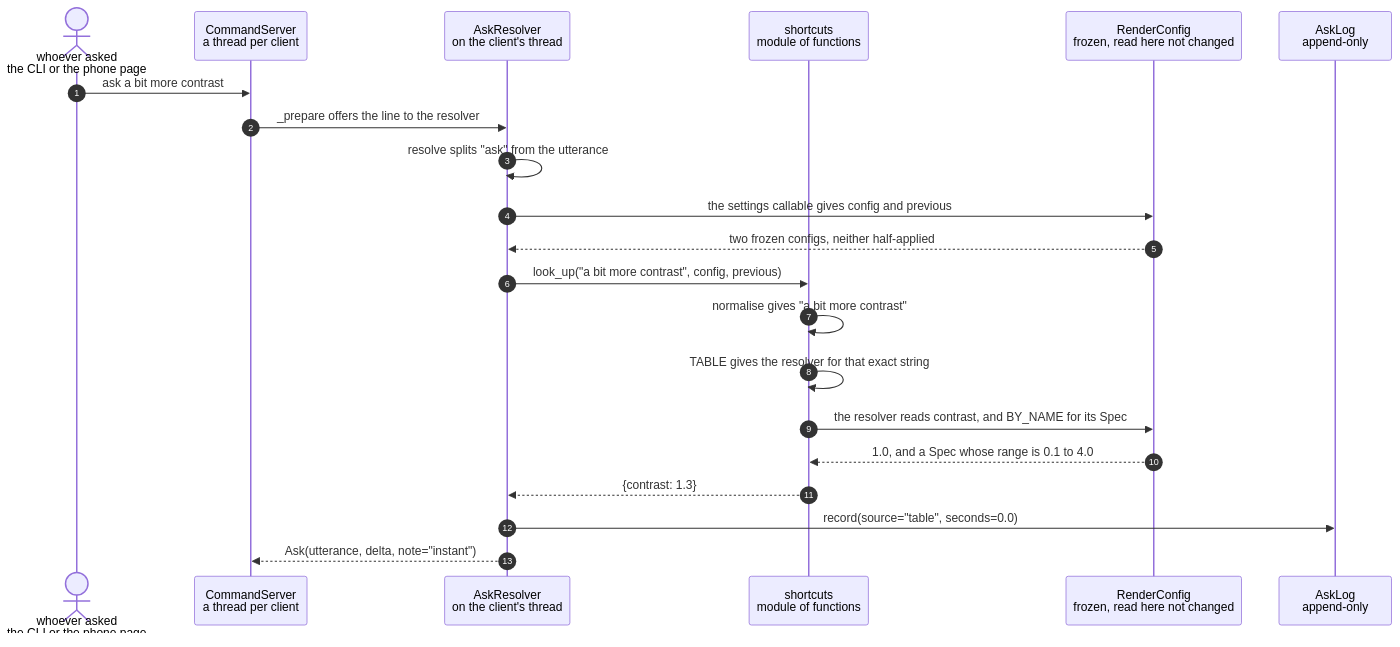
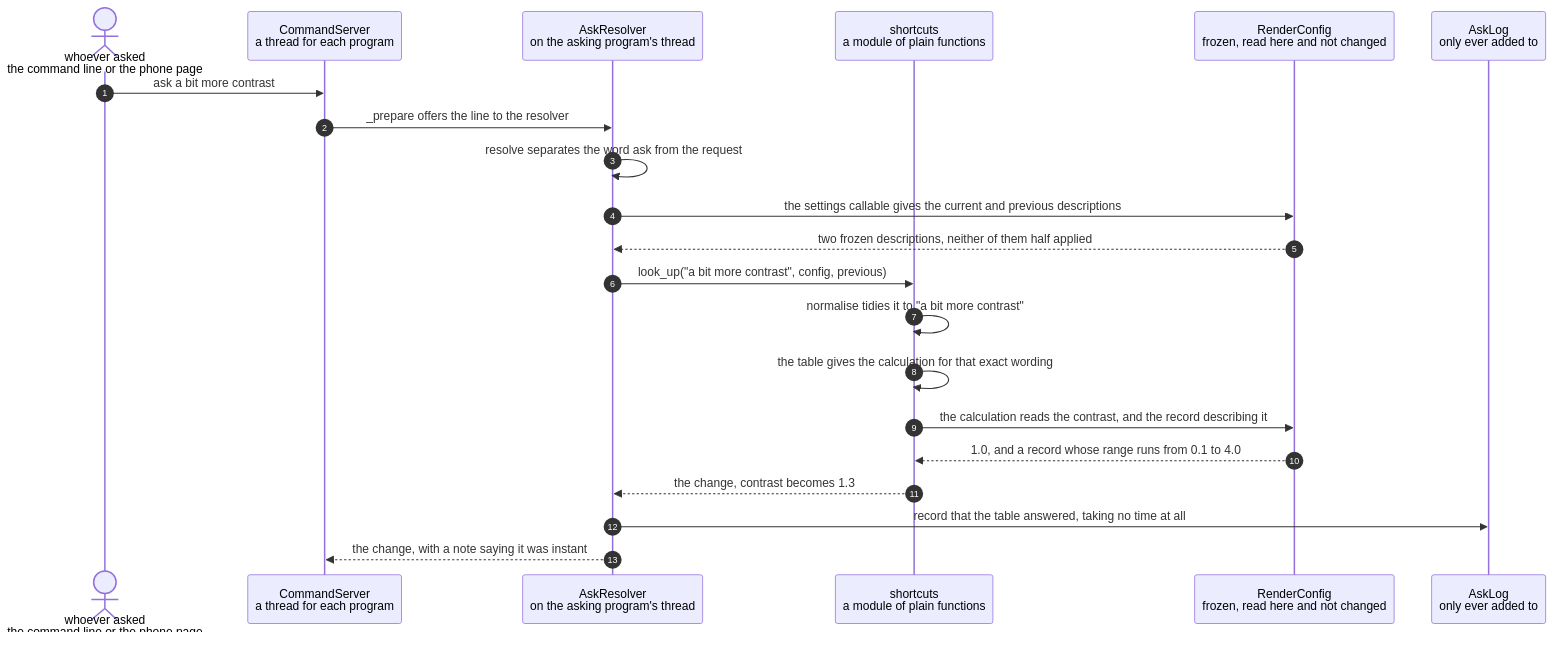
Before and after one commit to replicant1/AsciiArt-Pi: the diagram in docs/scenarios/a-spoken-phrase-is-answered-from-the-shortcut-table-with-no-model-call.md, drawn with Mermaid. The commit also changed other lines of this file and 4 other files, not shown here.

````diff
--- a/docs/scenarios/a-spoken-phrase-is-answered-from-the-shortcut-table-with-no-model-call.md
+++ b/docs/scenarios/a-spoken-phrase-is-answered-from-the-shortcut-table-with-no-model-call.md
@@ -36,24 +46,24 @@
 ```mermaid
 sequenceDiagram
     autonumber
-    actor Asker as whoever asked<br/>the CLI or the phone page
-    participant CS as CommandServer<br/>a thread per client
-    participant App as AskResolver<br/>on the client's thread
-    participant Sh as shortcuts<br/>module of functions
-    participant Cfg as RenderConfig<br/>frozen, read here not changed
-    participant Log as AskLog<br/>append-only
+    actor Asker as whoever asked<br/>the command line or the phone page
+    participant CS as CommandServer<br/>a thread for each program
+    participant App as AskResolver<br/>on the asking program's thread
+    participant Sh as shortcuts<br/>a module of plain functions
+    participant Cfg as RenderConfig<br/>frozen, read here and not changed
+    participant Log as AskLog<br/>only ever added to
 
     Asker->>CS: ask a bit more contrast
     CS->>App: _prepare offers the line to the resolver
-    App->>App: resolve splits "ask" from the utterance
-    App->>Cfg: the settings callable gives config and previous
-    Cfg-->>App: two frozen configs, neither half-applied
+    App->>App: resolve separates the word ask from the request
+    App->>Cfg: the settings callable gives the current and previous descriptions
+    Cfg-->>App: two frozen descriptions, neither of them half applied
     App->>Sh: look_up("a bit more contrast", config, previous)
-    Sh->>Sh: normalise gives "a bit more contrast"
-    Sh->>Sh: TABLE gives the resolver for that exact string
-    Sh->>Cfg: the resolver reads contrast, and BY_NAME for its Spec
-    Cfg-->>Sh: 1.0, and a Spec whose range is 0.1 to 4.0
-    Sh-->>App: {contrast: 1.3}
-    App->>Log: record(source="table", seconds=0.0)
-    App-->>CS: Ask(utterance, delta, note="instant")
+    Sh->>Sh: normalise tidies it to "a bit more contrast"
+    Sh->>Sh: the table gives the calculation for that exact wording
+    Sh->>Cfg: the calculation reads the contrast, and the record describing it
+    Cfg-->>Sh: 1.0, and a record whose range runs from 0.1 to 4.0
+    Sh-->>App: the change, contrast becomes 1.3
+    App->>Log: record that the table answered, taking no time at all
+    App-->>CS: the change, with a note saying it was instant
 ```
````
